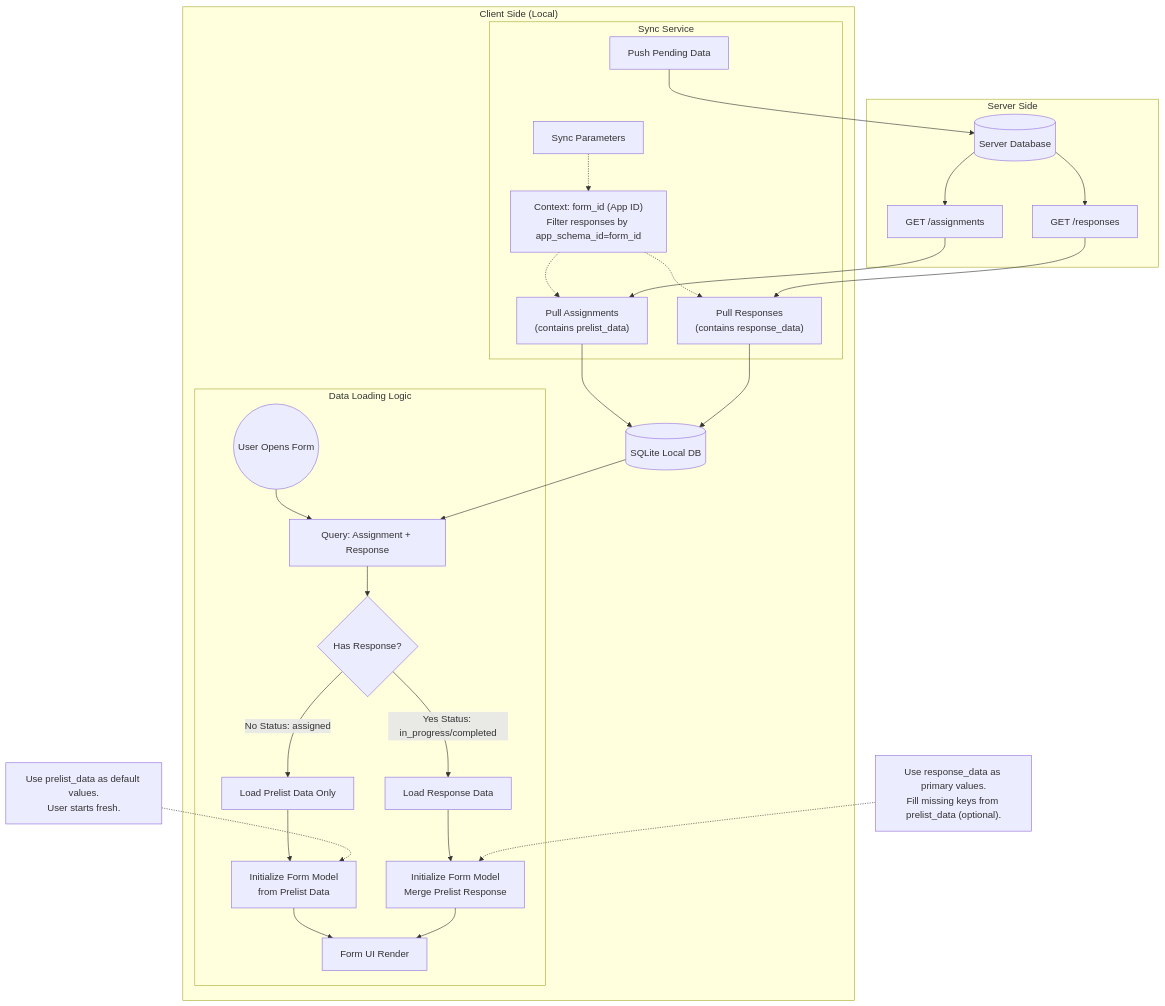
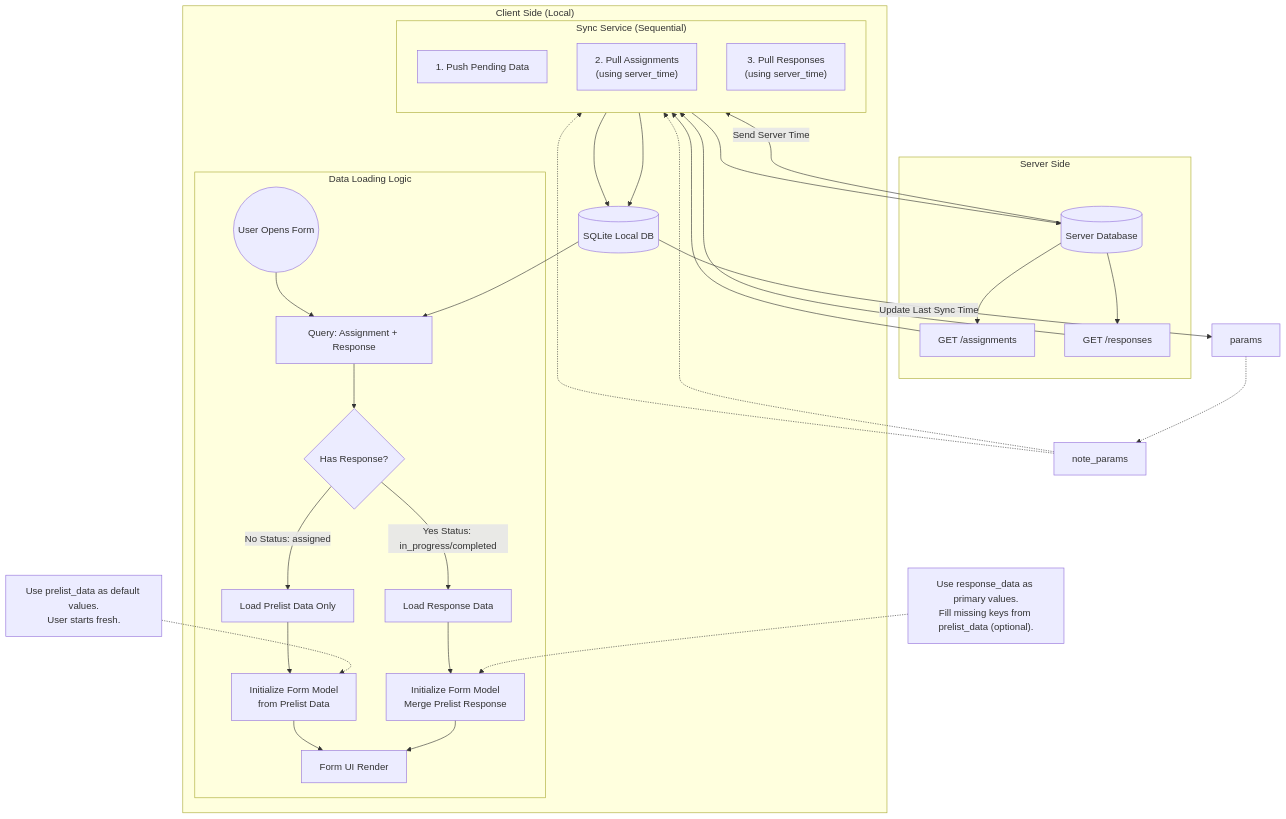
Before and after one commit to ihkaru/cerdas: the diagram in references/sync_data_flow.md, drawn with Mermaid. The commit also changed other lines of this file and 39 other files, not shown here.

````diff
--- a/references/sync_data_flow.md
+++ b/references/sync_data_flow.md
@@ -3,72 +3,72 @@
 ```mermaid
 graph TD
     subgraph "Server Side"
         ServerDB[(Server Database)]
         API_Assign[GET /assignments]
         API_Resp[GET /responses]
     end
 
     subgraph "Client Side (Local)"
         LocalDB[(SQLite Local DB)]
         
-        subgraph "Sync Service"
-            params[Sync Parameters]
-            note_params["Context: form_id (App ID)<br/>Filter responses by app_schema_id=form_id"]
-            
-            Push[Push Pending Data]
-            PullAssign["Pull Assignments<br/>(contains prelist_data)"]
-            PullResp["Pull Responses<br/>(contains response_data)"]
+        subgraph "Sync Service (Sequential)"
+            direction TB
+            Push[1. Push Pending Data]
+            PullAssign["2. Pull Assignments<br/>(using server_time)"]
+            PullResp["3. Pull Responses<br/>(using server_time)"]
         end
 
         subgraph "Data Loading Logic"
             UserAction((User Opens Form))
             Query[Query: Assignment + Response]
             Decision{Has Response?}
             
             LoadPrelist[Load Prelist Data Only]
             LoadResponse[Load Response Data]
             
             InitPrelist[Initialize Form Model<br/>from Prelist Data]
             InitMixed[Initialize Form Model<br/>Merge Prelist Response]
             
             FormUI[Form UI Render]
         end
     end
 
     %% Sync Flow
     ServerDB --> API_Assign
     ServerDB --> API_Resp
     
     params -.-> note_params
     note_params -.-> PullAssign
     note_params -.-> PullResp
     
     API_Assign --> PullAssign
     API_Resp --> PullResp
     
     Push --> ServerDB
+    ServerDB -- "Send Server Time" --> PullAssign
     PullAssign --> LocalDB
     PullResp --> LocalDB
+    LocalDB -- "Update Last Sync Time" --> params
 
     %% Opening Flow
     UserAction --> Query
     LocalDB --> Query
     Query --> Decision
     
     %% Scenario 1: No Response (New Task)
     Decision -->|No Status: assigned| LoadPrelist
     LoadPrelist --> InitPrelist
     InitPrelist --> FormUI
     
     %% Scenario 2: Response Exists (Draft or Synced)
     Decision -->|Yes Status: in_progress/completed| LoadResponse
     LoadResponse --> InitMixed
     InitMixed --> FormUI
     
     %% Notes
     note_new["Use prelist_data as default values.<br/>User starts fresh."]
     note_exist["Use response_data as primary values.<br/>Fill missing keys from prelist_data (optional)."]
     
     note_new -.-> InitPrelist
     note_exist -.-> InitMixed
 ```
````
